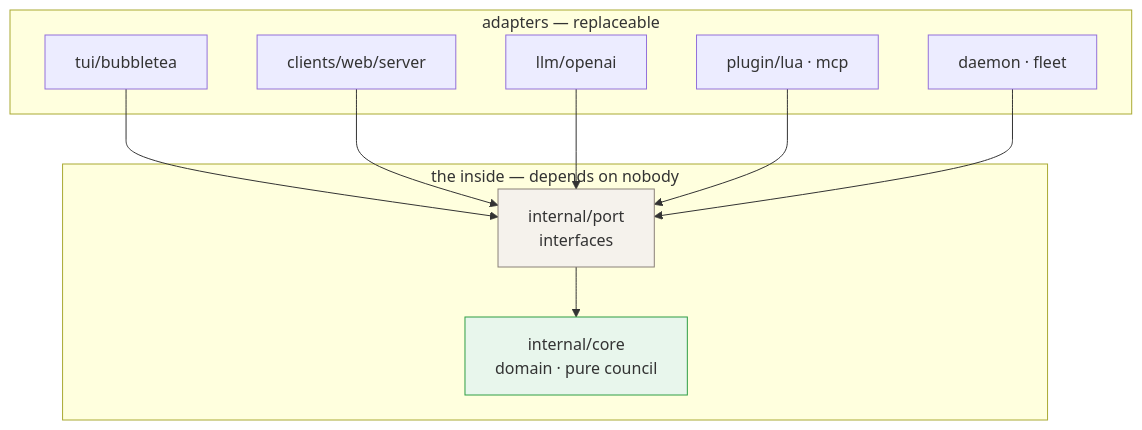
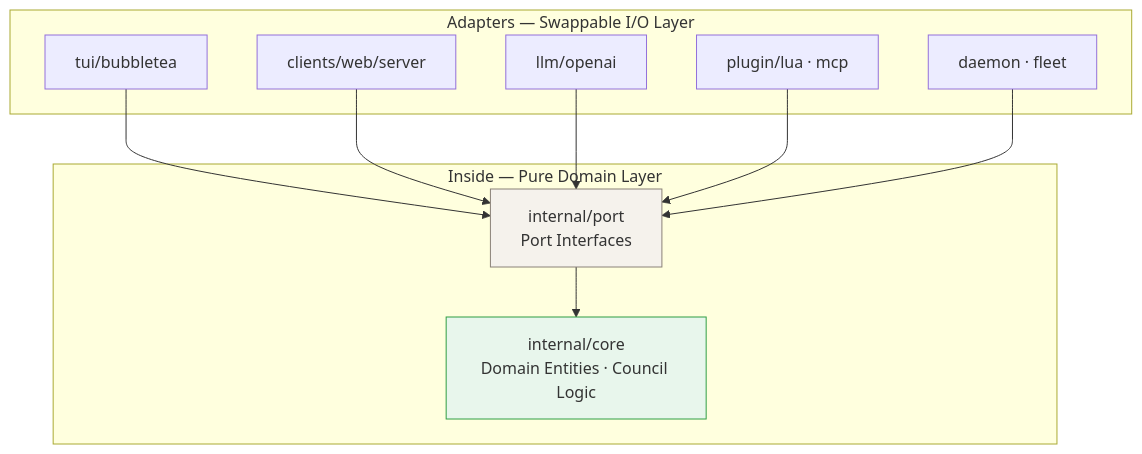
Before and after one commit to sayaya1090/magi: the fifth of 5 diagrams in README.md, drawn with Mermaid. The commit also changed other lines of this file and 6 other files, not shown here.

````diff
--- a/README.md
+++ b/README.md
@@ -479,23 +309,23 @@
 ```mermaid
 flowchart TD
-    subgraph adapters [adapters — replaceable]
+    subgraph adapters [Adapters — Swappable I/O Layer]
         TUI[tui/bubbletea]
         WEB[clients/web/server]
         LLM[llm/openai]
         LUA[plugin/lua · mcp]
         DMN[daemon · fleet]
     end
-    subgraph inside [the inside — depends on nobody]
-        PORT[internal/port<br/>interfaces]
-        CORE[internal/core<br/>domain · pure council]
+    subgraph inside [Inside — Pure Domain Layer]
+        PORT[internal/port<br/>Port Interfaces]
+        CORE[internal/core<br/>Domain Entities · Council Logic]
     end
     TUI --> PORT
     WEB --> PORT
     LLM --> PORT
     LUA --> PORT
     DMN --> PORT
     PORT --> CORE
 
     style CORE fill:#e8f6ec,stroke:#2f9e44
     style PORT fill:#f5f2ec,stroke:#8a8178
 ```
````
